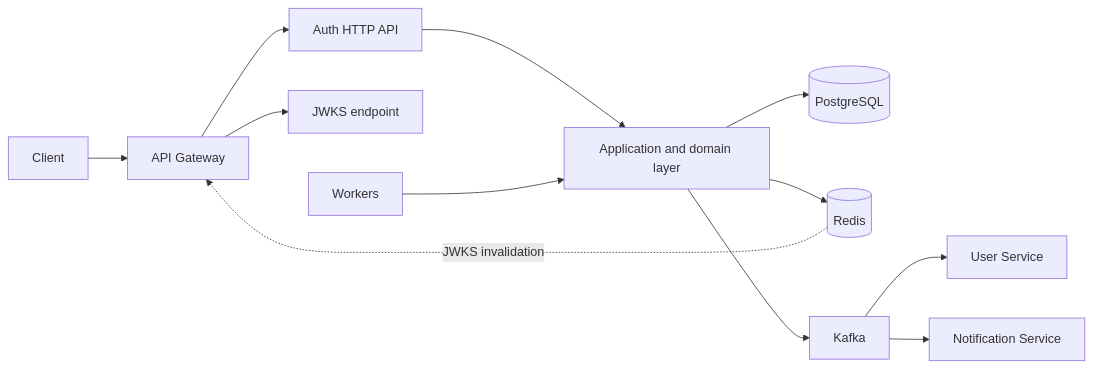
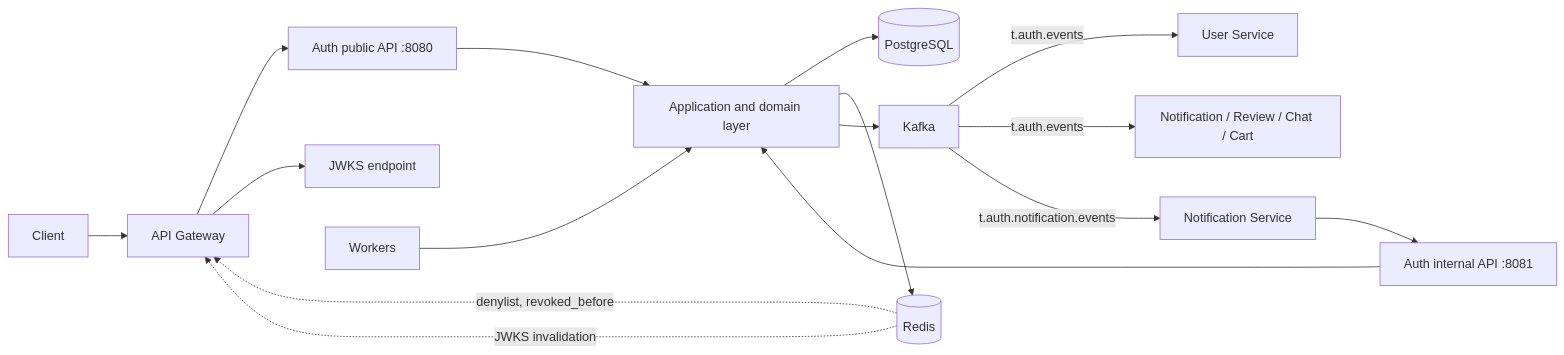
One commit to quangdung2110/e-commerce-microservices changed the diagram in docs/auth/architecture.md. Above: the diagram before and after it, drawn with Mermaid. The commit also changed other lines of this file and 63 other files, not shown here.

````diff
--- a/docs/auth/architecture.md
+++ b/docs/auth/architecture.md
@@ -23,14 +27,18 @@
 ```mermaid
 flowchart LR
   C[Client] --> G[API Gateway]
-  G --> A[Auth HTTP API]
+  G --> A[Auth public API :8080]
   G --> J[JWKS endpoint]
   A --> APP[Application and domain layer]
   APP --> PG[(PostgreSQL)]
   APP --> R[(Redis)]
   APP --> K[Kafka]
   W[Workers] --> APP
-  K --> U[User Service]
-  K --> N[Notification Service]
+  N[Notification Service] --> I[Auth internal API :8081]
+  I --> APP
+  K -- t.auth.events --> U[User Service]
+  K -- t.auth.events --> NS[Notification / Review / Chat / Cart]
+  K -- t.auth.notification.events --> N
+  R -. denylist, revoked_before .-> G
   R -. JWKS invalidation .-> G
 ```
````
